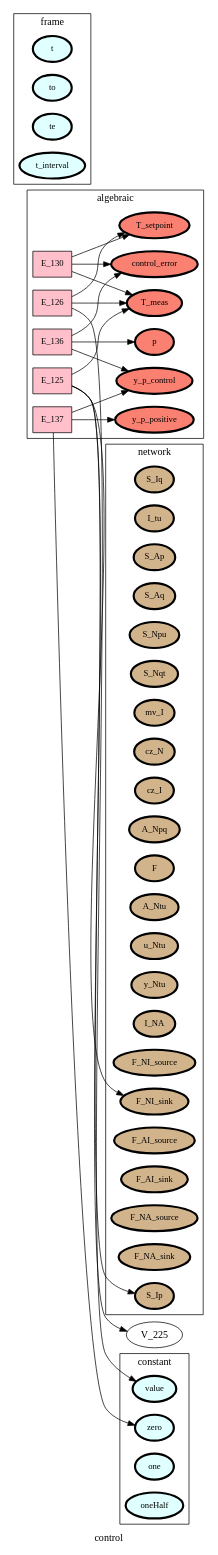
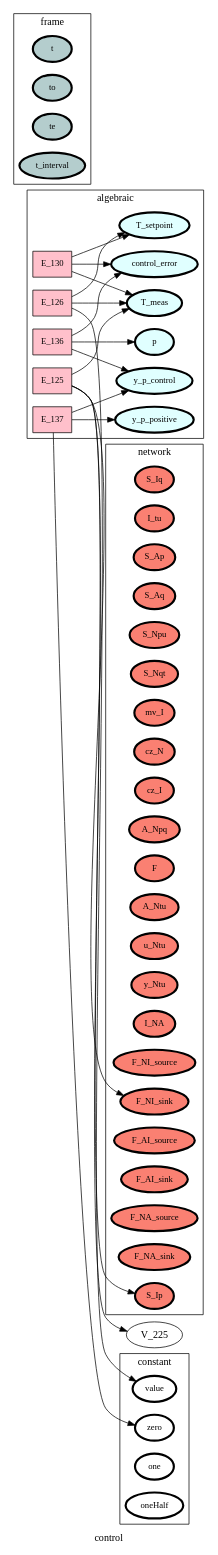
The diagram in ontology_graphs/graph__control.dot (heinz-preisig/processes_000_HAP), drawn with Graphviz before and after one commit. The commit also changed 93 other files, not shown here.

```diff
--- a/ontology_graphs/graph__control.dot
+++ b/ontology_graphs/graph__control.dot
@@ -1,106 +1,106 @@
 digraph control {
 label=control;
 rankdir=LR;
 subgraph cluster_control___dataFlow {
 label=dataFlow;
 rankdir=LR;
 }
 
 subgraph cluster_control___input {
 label=input;
 rankdir=LR;
 }
 
 subgraph cluster_control___output {
 label=output;
 rankdir=LR;
 }
 
 subgraph cluster_control___network {
 label=network;
 rankdir=LR;
-V_10 [fillcolor=tan, fontsize=12, label=S_Iq, penwidth=3, style=filled];
-V_11 [fillcolor=tan, fontsize=12, label=I_tu, penwidth=3, style=filled];
-V_12 [fillcolor=tan, fontsize=12, label=S_Ap, penwidth=3, style=filled];
-V_13 [fillcolor=tan, fontsize=12, label=S_Aq, penwidth=3, style=filled];
-V_14 [fillcolor=tan, fontsize=12, label=S_Npu, penwidth=3, style=filled];
-V_15 [fillcolor=tan, fontsize=12, label=S_Nqt, penwidth=3, style=filled];
-V_16 [fillcolor=tan, fontsize=12, label=mv_I, penwidth=3, style=filled];
-V_17 [fillcolor=tan, fontsize=12, label=cz_N, penwidth=3, style=filled];
-V_18 [fillcolor=tan, fontsize=12, label=cz_I, penwidth=3, style=filled];
-V_19 [fillcolor=tan, fontsize=12, label=A_Npq, penwidth=3, style=filled];
-V_2 [fillcolor=tan, fontsize=12, label=F, penwidth=3, style=filled];
-V_20 [fillcolor=tan, fontsize=12, label=A_Ntu, penwidth=3, style=filled];
-V_21 [fillcolor=tan, fontsize=12, label=u_Ntu, penwidth=3, style=filled];
-V_22 [fillcolor=tan, fontsize=12, label=y_Ntu, penwidth=3, style=filled];
-V_27 [fillcolor=tan, fontsize=12, label=I_NA, penwidth=3, style=filled];
-V_3 [fillcolor=tan, fontsize=12, label=F_NI_source, penwidth=3, style=filled];
-V_4 [fillcolor=tan, fontsize=12, label=F_NI_sink, penwidth=3, style=filled];
-V_5 [fillcolor=tan, fontsize=12, label=F_AI_source, penwidth=3, style=filled];
-V_6 [fillcolor=tan, fontsize=12, label=F_AI_sink, penwidth=3, style=filled];
-V_7 [fillcolor=tan, fontsize=12, label=F_NA_source, penwidth=3, style=filled];
-V_8 [fillcolor=tan, fontsize=12, label=F_NA_sink, penwidth=3, style=filled];
-V_9 [fillcolor=tan, fontsize=12, label=S_Ip, penwidth=3, style=filled];
+V_10 [fillcolor=salmon, fontsize=12, label=S_Iq, penwidth=3, style=filled];
+V_11 [fillcolor=salmon, fontsize=12, label=I_tu, penwidth=3, style=filled];
+V_12 [fillcolor=salmon, fontsize=12, label=S_Ap, penwidth=3, style=filled];
+V_13 [fillcolor=salmon, fontsize=12, label=S_Aq, penwidth=3, style=filled];
+V_14 [fillcolor=salmon, fontsize=12, label=S_Npu, penwidth=3, style=filled];
+V_15 [fillcolor=salmon, fontsize=12, label=S_Nqt, penwidth=3, style=filled];
+V_16 [fillcolor=salmon, fontsize=12, label=mv_I, penwidth=3, style=filled];
+V_17 [fillcolor=salmon, fontsize=12, label=cz_N, penwidth=3, style=filled];
+V_18 [fillcolor=salmon, fontsize=12, label=cz_I, penwidth=3, style=filled];
+V_19 [fillcolor=salmon, fontsize=12, label=A_Npq, penwidth=3, style=filled];
+V_2 [fillcolor=salmon, fontsize=12, label=F, penwidth=3, style=filled];
+V_20 [fillcolor=salmon, fontsize=12, label=A_Ntu, penwidth=3, style=filled];
+V_21 [fillcolor=salmon, fontsize=12, label=u_Ntu, penwidth=3, style=filled];
+V_22 [fillcolor=salmon, fontsize=12, label=y_Ntu, penwidth=3, style=filled];
+V_27 [fillcolor=salmon, fontsize=12, label=I_NA, penwidth=3, style=filled];
+V_3 [fillcolor=salmon, fontsize=12, label=F_NI_source, penwidth=3, style=filled];
+V_4 [fillcolor=salmon, fontsize=12, label=F_NI_sink, penwidth=3, style=filled];
+V_5 [fillcolor=salmon, fontsize=12, label=F_AI_source, penwidth=3, style=filled];
+V_6 [fillcolor=salmon, fontsize=12, label=F_AI_sink, penwidth=3, style=filled];
+V_7 [fillcolor=salmon, fontsize=12, label=F_NA_source, penwidth=3, style=filled];
+V_8 [fillcolor=salmon, fontsize=12, label=F_NA_sink, penwidth=3, style=filled];
+V_9 [fillcolor=salmon, fontsize=12, label=S_Ip, penwidth=3, style=filled];
 }
 
 subgraph cluster_control___frame {
 label=frame;
 rankdir=LR;
-V_1 [fillcolor=lightcyan, fontsize=12, label=t, penwidth=3, style=filled];
-V_105 [fillcolor=lightcyan, fontsize=12, label=to, penwidth=3, style=filled];
-V_106 [fillcolor=lightcyan, fontsize=12, label=te, penwidth=3, style=filled];
-V_107 [fillcolor=lightcyan, fontsize=12, label=t_interval, penwidth=3, style=filled];
+V_1 [fillcolor=lightcyan3, fontsize=12, label=t, penwidth=3, style=filled];
+V_105 [fillcolor=lightcyan3, fontsize=12, label=to, penwidth=3, style=filled];
+V_106 [fillcolor=lightcyan3, fontsize=12, label=te, penwidth=3, style=filled];
+V_107 [fillcolor=lightcyan3, fontsize=12, label=t_interval, penwidth=3, style=filled];
 }
 
 subgraph cluster_control___state {
 label=state;
 rankdir=LR;
 }
 
 subgraph cluster_control___constant {
 label=constant;
 rankdir=LR;
-V_101 [fillcolor=lightcyan1, fontsize=12, label=value, penwidth=3, style=filled];
-V_102 [fillcolor=lightcyan1, fontsize=12, label=zero, penwidth=3, style=filled];
-V_103 [fillcolor=lightcyan1, fontsize=12, label=one, penwidth=3, style=filled];
-V_104 [fillcolor=lightcyan1, fontsize=12, label=oneHalf, penwidth=3, style=filled];
+V_101 [fillcolor=white, fontsize=12, label=value, penwidth=3, style=filled];
+V_102 [fillcolor=white, fontsize=12, label=zero, penwidth=3, style=filled];
+V_103 [fillcolor=white, fontsize=12, label=one, penwidth=3, style=filled];
+V_104 [fillcolor=white, fontsize=12, label=oneHalf, penwidth=3, style=filled];
 }
 
 subgraph cluster_control___diffState {
 label=diffState;
 rankdir=LR;
 }
 
 E_125 -> V_225  [splines=ortho];
 E_125 -> V_4  [splines=ortho];
 E_125 -> V_9  [splines=ortho];
 E_126 -> V_101  [splines=ortho];
 E_126 -> V_226  [splines=ortho];
 E_130 -> V_226  [splines=ortho];
 E_130 -> V_227  [splines=ortho];
 E_136 -> V_231  [splines=ortho];
 E_136 -> V_237  [splines=ortho];
 E_137 -> V_102  [splines=ortho];
 E_137 -> V_238  [splines=ortho];
 subgraph cluster_control___algebraic {
 label=algebraic;
 rankdir=LR;
-V_226 [fillcolor=salmon, fontsize=12, label=T_meas, penwidth=3, style=filled];
-V_227 [fillcolor=salmon, fontsize=12, label=T_setpoint, penwidth=3, style=filled];
-V_231 [fillcolor=salmon, fontsize=12, label=control_error, penwidth=3, style=filled];
-V_237 [fillcolor=salmon, fontsize=12, label=p, penwidth=3, style=filled];
-V_238 [fillcolor=salmon, fontsize=12, label=y_p_control, penwidth=3, style=filled];
-V_239 [fillcolor=salmon, fontsize=12, label=y_p_positive, penwidth=3, style=filled];
+V_226 [fillcolor=lightcyan, fontsize=12, label=T_meas, penwidth=3, style=filled];
+V_227 [fillcolor=lightcyan, fontsize=12, label=T_setpoint, penwidth=3, style=filled];
+V_231 [fillcolor=lightcyan, fontsize=12, label=control_error, penwidth=3, style=filled];
+V_237 [fillcolor=lightcyan, fontsize=12, label=p, penwidth=3, style=filled];
+V_238 [fillcolor=lightcyan, fontsize=12, label=y_p_control, penwidth=3, style=filled];
+V_239 [fillcolor=lightcyan, fontsize=12, label=y_p_positive, penwidth=3, style=filled];
 E_125 [fillcolor=pink, fontsize=12, shape=box, style=filled];
 E_125 -> V_226  [splines=ortho];
 E_126 [fillcolor=pink, fontsize=12, shape=box, style=filled];
 E_126 -> V_227  [splines=ortho];
 E_130 [fillcolor=pink, fontsize=12, shape=box, style=filled];
 E_130 -> V_231  [splines=ortho];
 E_136 [fillcolor=pink, fontsize=12, shape=box, style=filled];
 E_136 -> V_238  [splines=ortho];
 E_137 [fillcolor=pink, fontsize=12, shape=box, style=filled];
 E_137 -> V_239  [splines=ortho];
 }
 
 }
```
